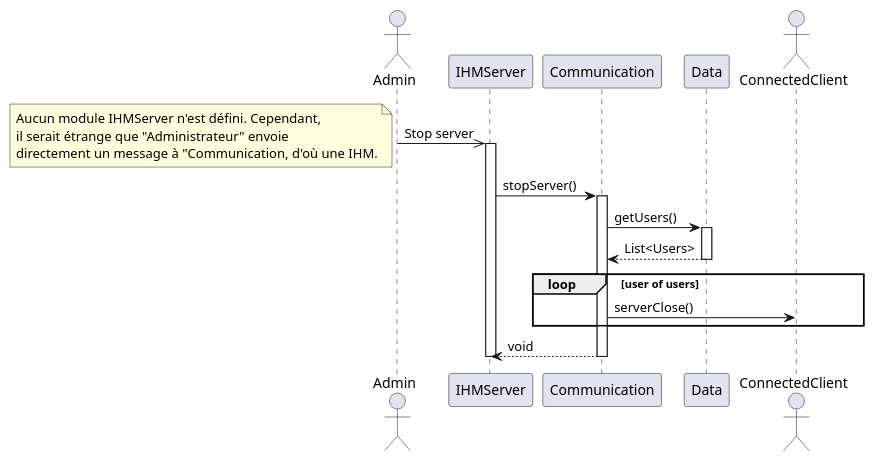
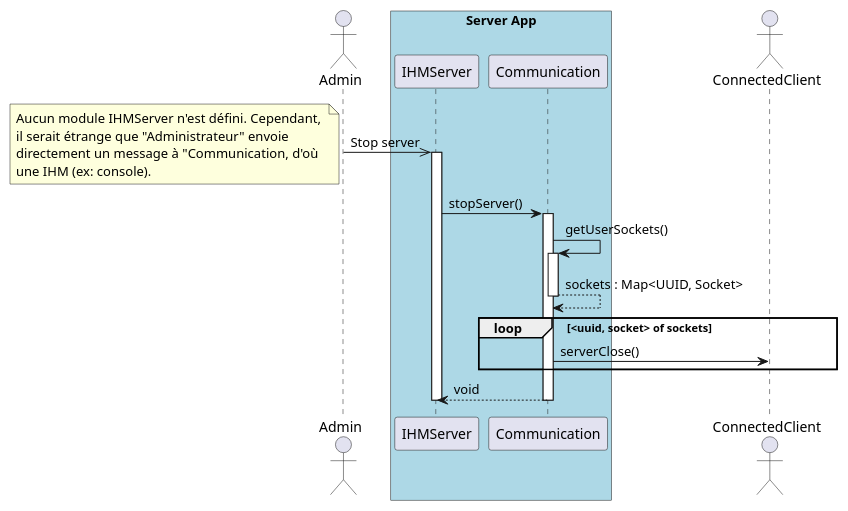
One commit to UTCAI12/Diagrams changed the diagram in sequence/5.2_stop_server.puml. Above: the diagram before and after it, drawn with PlantUML.

Commit message:
Adding box to precise the type of app, and reworking the way users are retrieved according to the previous discussions.

```diff
--- a/sequence/5.2_stop_server.puml
+++ b/sequence/5.2_stop_server.puml
@@ -1,25 +1,29 @@
 @startuml Server is stopped (server side)
 
 actor Admin as admin
-participant IHMServer as ihm
-participant Communication as com
-participant Data as data
+
+box "Server App" #LightBlue
+    participant IHMServer as ihm
+    participant Communication as com
+end box
+
 actor ConnectedClient as client
 
 admin ->> ihm : Stop server
-note left : Aucun module IHMServer n'est défini. Cependant, \nil serait étrange que "Administrateur" envoie \ndirectement un message à "Communication, d'où une IHM.
+note left : Aucun module IHMServer n'est défini. Cependant, \nil serait étrange que "Administrateur" envoie \ndirectement un message à "Communication, d'où \nune IHM (ex: console).
 activate ihm
 
 ihm -> com++ : stopServer()
-com -> data++ : getUsers()
-return List<Users>
 
-loop user of users
+com -> com++ : getUserSockets()
+return sockets : Map<UUID, Socket>
+
+loop <uuid, socket> of sockets
     com -> client : serverClose()
 end
 
 return void
 
 deactivate ihm
 
 @enduml
```
